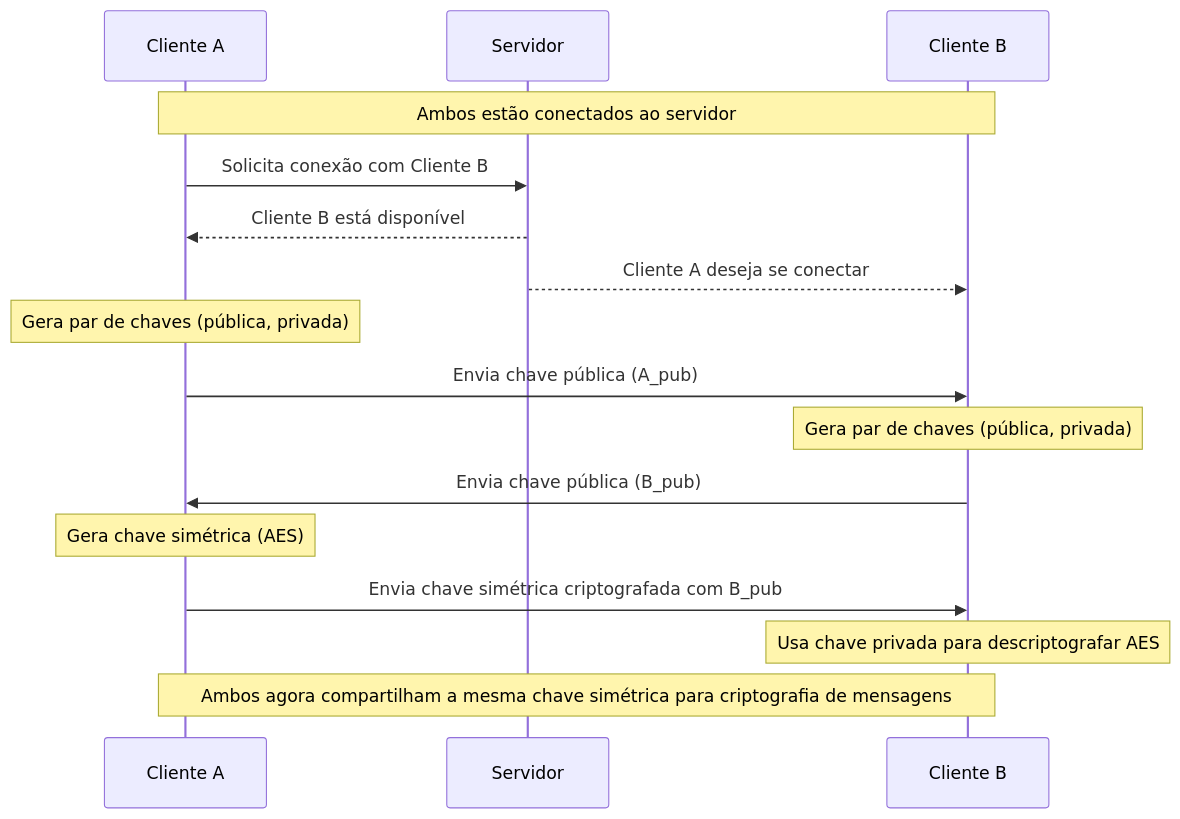
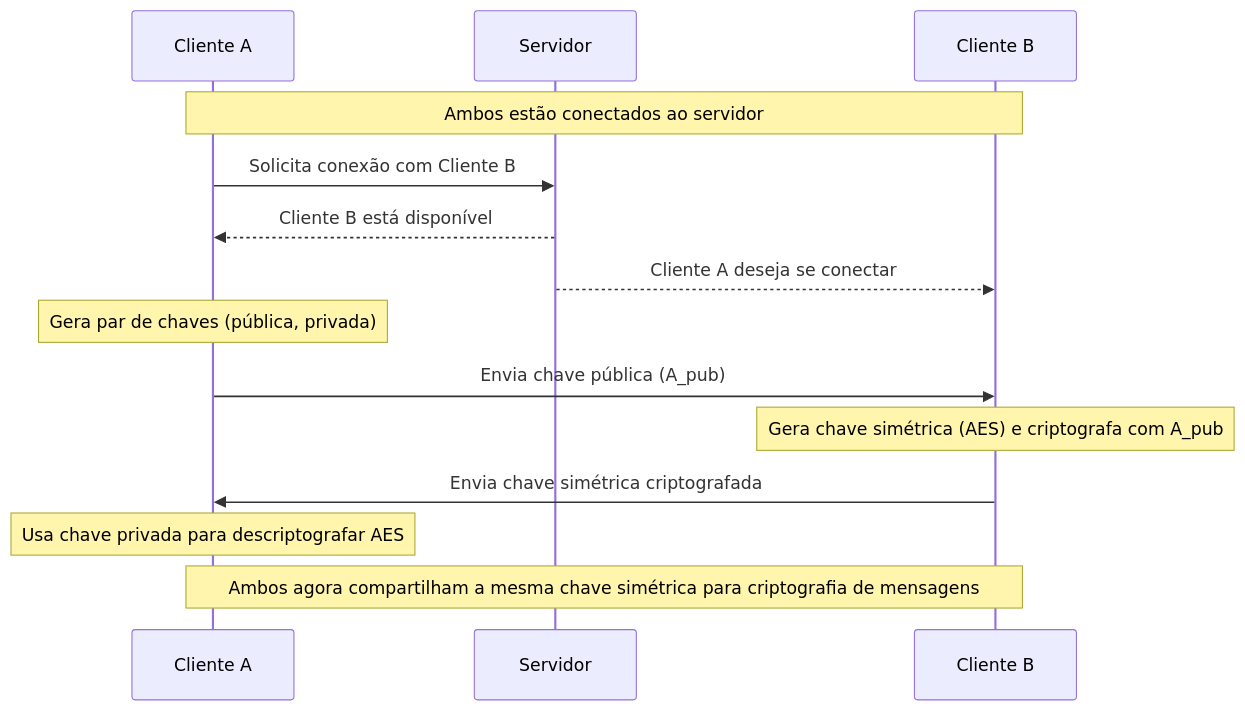
Before and after one commit to confy-security/app: the first of 4 diagrams in docs/communication.md, drawn with Mermaid. The commit also changed other lines of this file, not shown here.

Commit message:
fix: Melhorando descrição do processo de troca de chaves - close #21

````diff
--- a/docs/communication.md
+++ b/docs/communication.md
@@ -147,25 +141,23 @@
 ```mermaid
 sequenceDiagram
     participant Cliente A
     participant Servidor
     participant Cliente B
 
     Note over Cliente A, Cliente B: Ambos estão conectados ao servidor
 
     Cliente A->>Servidor: Solicita conexão com Cliente B
     Servidor-->>Cliente A: Cliente B está disponível
     Servidor-->>Cliente B: Cliente A deseja se conectar
 
     Note over Cliente A: Gera par de chaves (pública, privada)
     Cliente A->>Cliente B: Envia chave pública (A_pub)
 
-    Note over Cliente B: Gera par de chaves (pública, privada)
-    Cliente B->>Cliente A: Envia chave pública (B_pub)
+    Note over Cliente B: Gera chave simétrica (AES) e criptografa com A_pub
+    Cliente B->>Cliente A: Envia chave simétrica criptografada
 
-    Note over Cliente A: Gera chave simétrica (AES)
-    Cliente A->>Cliente B: Envia chave simétrica criptografada com B_pub
-
-    Note over Cliente B: Usa chave privada para descriptografar AES
+    Note over Cliente A: Usa chave privada para descriptografar AES
 
     Note over Cliente A, Cliente B: Ambos agora compartilham a mesma chave simétrica para criptografia de mensagens
+
 ```
````
